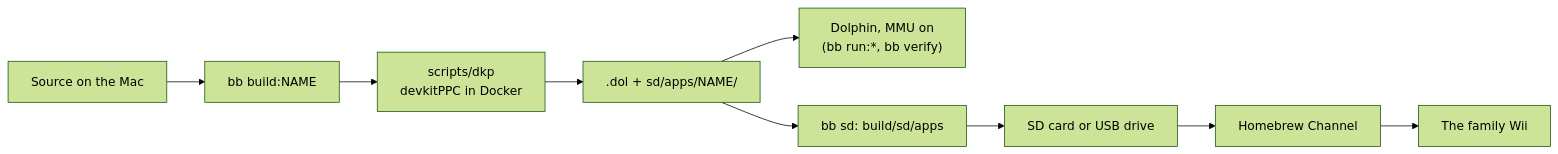
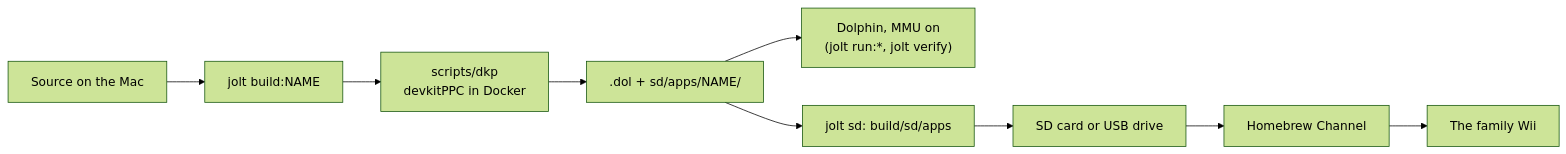
One commit to b12n-oss/wii-jolt changed the diagram in docs/guide/getting-started.md. Above: the diagram before and after it, drawn with Mermaid (forest theme). The commit also changed other lines of this file and 30 other files, not shown here.

First line of the commit message:
tasks: move from bb.edn to deps.edn, run them with jolt

````diff
--- a/docs/guide/getting-started.md
+++ b/docs/guide/getting-started.md
@@ -42,10 +40,10 @@
 ```mermaid
 flowchart LR
-  src["Source on the Mac"] --> bb["bb build:NAME"]
-  bb --> dkp["scripts/dkp<br/>devkitPPC in Docker"]
+  src["Source on the Mac"] --> task["jolt build:NAME"]
+  task --> dkp["scripts/dkp<br/>devkitPPC in Docker"]
   dkp --> dol[".dol + sd/apps/NAME/"]
-  dol --> dolphin["Dolphin, MMU on<br/>(bb run:*, bb verify)"]
-  dol --> sd["bb sd: build/sd/apps"]
+  dol --> dolphin["Dolphin, MMU on<br/>(jolt run:*, jolt verify)"]
+  dol --> sd["jolt sd: build/sd/apps"]
   sd --> card["SD card or USB drive"]
   card --> hbc["Homebrew Channel"] --> tv["The family Wii"]
 ```
````
